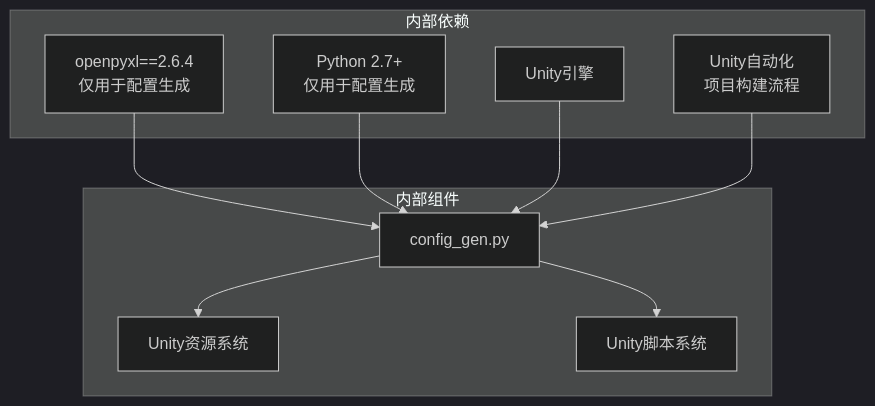
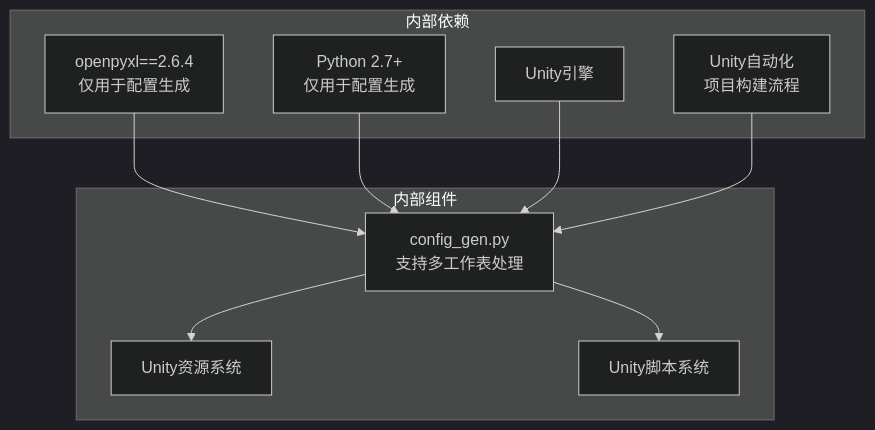
Before and after one commit to Tuusen/p1_client: the tenth of 11 diagrams in .qoder/repowiki/zh/content/核心架构/数据生成工具.md, drawn with Mermaid (dark theme). The commit also changed other lines of this file and 40 other files, not shown here.

````diff
--- a/.qoder/repowiki/zh/content/核心架构/数据生成工具.md
+++ b/.qoder/repowiki/zh/content/核心架构/数据生成工具.md
@@ -360,20 +449,20 @@
 ```mermaid
 graph TB
 subgraph "内部依赖"
 OPENPYXL[openpyxl==2.6.4<br/>仅用于配置生成]
 UNITY[Unity引擎]
 PYTHON[Python 2.7+<br/>仅用于配置生成]
 END[Unity自动化<br/>项目构建流程]
 end
 subgraph "内部组件"
-CONFIG_GEN[config_gen.py]
+CONFIG_GEN[config_gen.py<br/>支持多工作表处理]
 ASSETS[Unity资源系统]
 SCRIPTS[Unity脚本系统]
 end
 OPENPYXL --> CONFIG_GEN
 PYTHON --> CONFIG_GEN
 UNITY --> CONFIG_GEN
 CONFIG_GEN --> ASSETS
 CONFIG_GEN --> SCRIPTS
 END --> CONFIG_GEN
 ```
````
